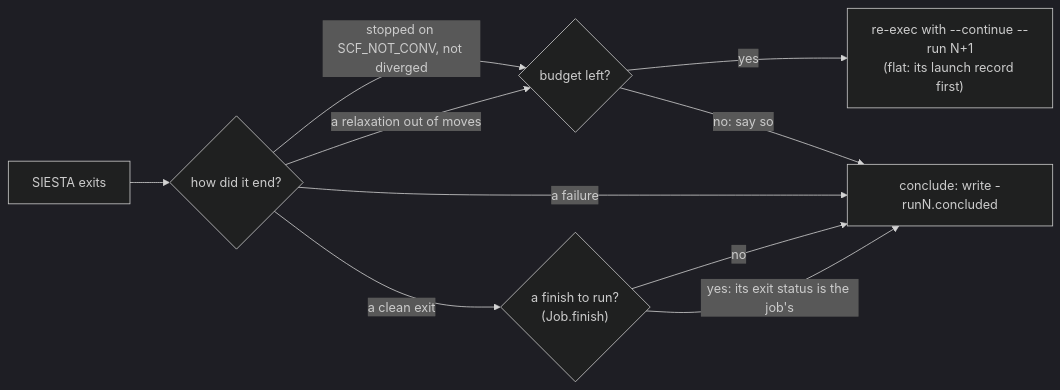
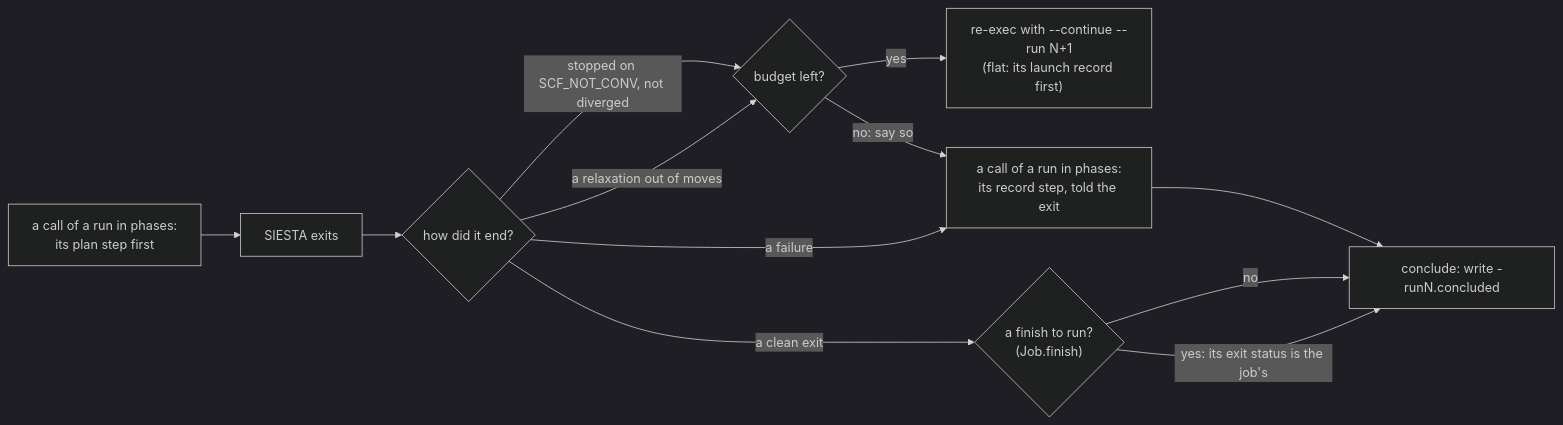
Before and after one commit to Qing-LAB/molbuilder: the second of 6 diagrams in docs/execution/running-a-job.md, drawn with Mermaid (dark theme). The commit also changed other lines of this file and 18 other files, not shown here.

````diff
--- a/docs/execution/running-a-job.md
+++ b/docs/execution/running-a-job.md
@@ -565,12 +567,14 @@
 ```mermaid
 flowchart LR
-    X["SIESTA exits"] --> Q{"how did it end?"}
+    P["a call of a run in phases:<br/>its plan step first"] --> X["SIESTA exits"]
+    X --> Q{"how did it end?"}
     Q -->|"stopped on SCF_NOT_CONV, not diverged"| B{"budget left?"}
     Q -->|"a relaxation out of moves"| B
-    Q -->|"a failure"| C["conclude: write -runN.concluded"]
+    Q -->|"a failure"| S["a call of a run in phases:<br/>its record step, told the exit"]
+    S --> C["conclude: write -runN.concluded"]
     Q -->|"a clean exit"| F{"a finish to run?<br/>(Job.finish)"}
     F -->|"no"| C
     F -->|"yes: its exit status is the job's"| C
     B -->|"yes"| R["re-exec with --continue --run N+1<br/>(flat: its launch record first)"]
-    B -->|"no: say so"| C
+    B -->|"no: say so"| S
 ```
````
